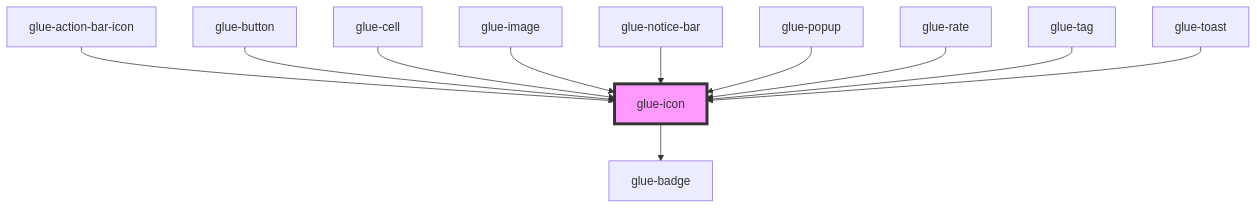
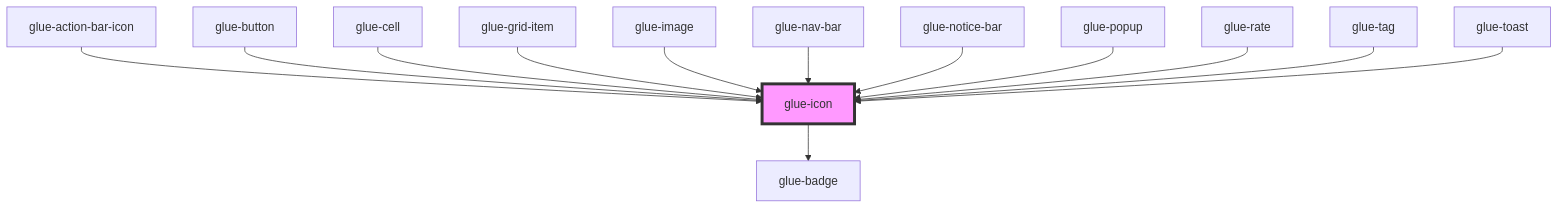
Before and after one commit to grasilife/glue: the diagram in packages/glue-components/src/components/glue-icon/readme.md, drawn with Mermaid. The commit also changed other lines of this file and 21 other files, not shown here.

````diff
--- a/packages/glue-components/src/components/glue-icon/readme.md
+++ b/packages/glue-components/src/components/glue-icon/readme.md
@@ -40,14 +42,16 @@
 ```mermaid
 graph TD;
   glue-icon --> glue-badge
   glue-action-bar-icon --> glue-icon
   glue-button --> glue-icon
   glue-cell --> glue-icon
+  glue-grid-item --> glue-icon
   glue-image --> glue-icon
+  glue-nav-bar --> glue-icon
   glue-notice-bar --> glue-icon
   glue-popup --> glue-icon
   glue-rate --> glue-icon
   glue-tag --> glue-icon
   glue-toast --> glue-icon
   style glue-icon fill:#f9f,stroke:#333,stroke-width:4px
 ```
````
